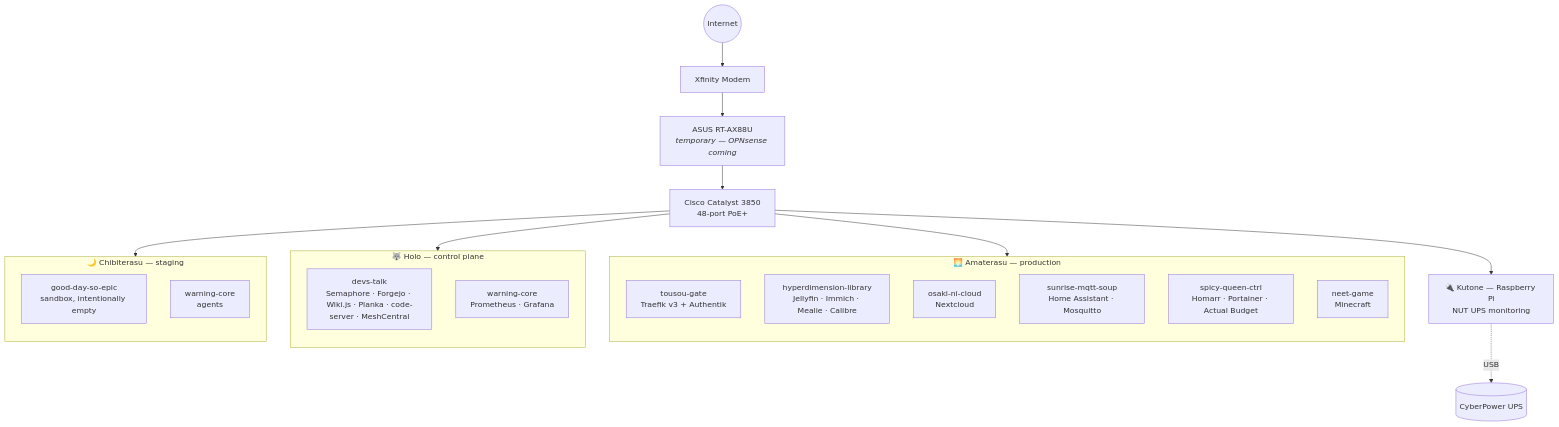
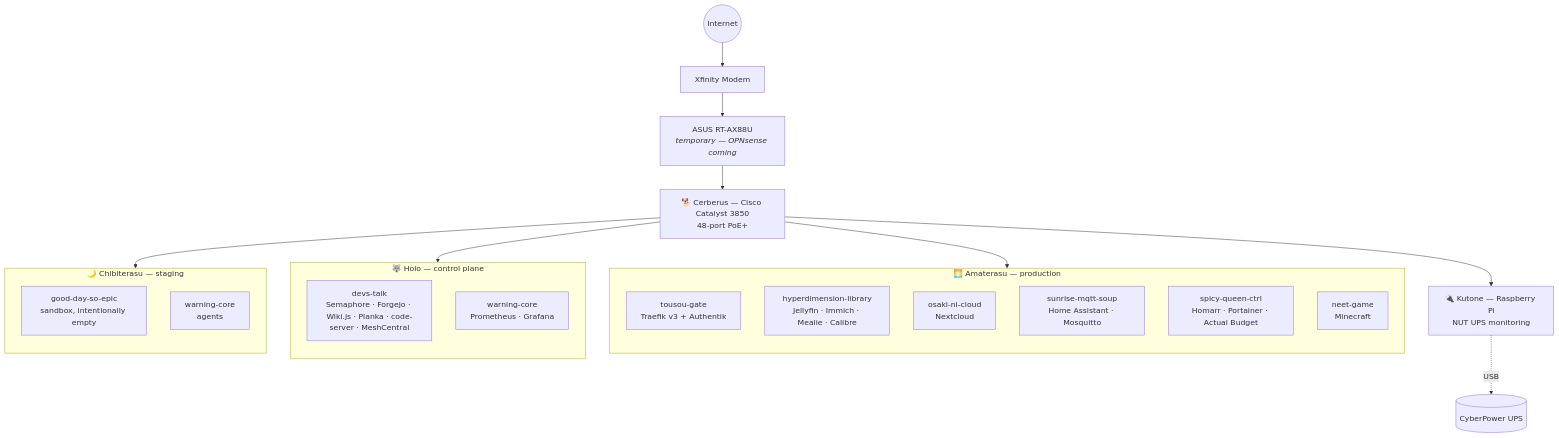
Before and after one commit to edbasurto/homeserver: the diagram in README.md, drawn with Mermaid. The commit also changed other lines of this file and 3 other files, not shown here.

````diff
--- a/README.md
+++ b/README.md
@@ -16,35 +16,35 @@
 ```mermaid
 flowchart TB
     Internet((Internet)) --> Modem[Xfinity Modem]
     Modem --> Router[ASUS RT-AX88U<br/><i>temporary — OPNsense coming</i>]
-    Router --> Switch[Cisco Catalyst 3850<br/>48-port PoE+]
+    Router --> Switch[🐕 Cerberus — Cisco Catalyst 3850<br/>48-port PoE+]
 
     Switch --> Amaterasu
     Switch --> Holo
     Switch --> Chibiterasu
     Switch --> Kutone
 
     subgraph Amaterasu["🌅 Amaterasu — production"]
         direction TB
         A1["tousou-gate<br/>Traefik v3 + Authentik"]
         A2["hyperdimension-library<br/>Jellyfin · Immich · Mealie · Calibre"]
         A3["osaki-ni-cloud<br/>Nextcloud"]
         A4["sunrise-mqtt-soup<br/>Home Assistant · Mosquitto"]
         A5["spicy-queen-ctrl<br/>Homarr · Portainer · Actual Budget"]
         A6["neet-game<br/>Minecraft"]
     end
 
     subgraph Holo["🐺 Holo — control plane"]
         direction TB
         H1["devs-talk<br/>Semaphore · Forgejo · Wiki.js · Planka · code-server · MeshCentral"]
         H2["warning-core<br/>Prometheus · Grafana"]
     end
 
     subgraph Chibiterasu["🌙 Chibiterasu — staging"]
         direction TB
         C1["good-day-so-epic<br/>sandbox, intentionally empty"]
         C2["warning-core<br/>agents"]
     end
 
     Kutone["🔌 Kutone — Raspberry Pi<br/>NUT UPS monitoring"] -. USB .-> UPS[("CyberPower UPS")]
 ```
````
